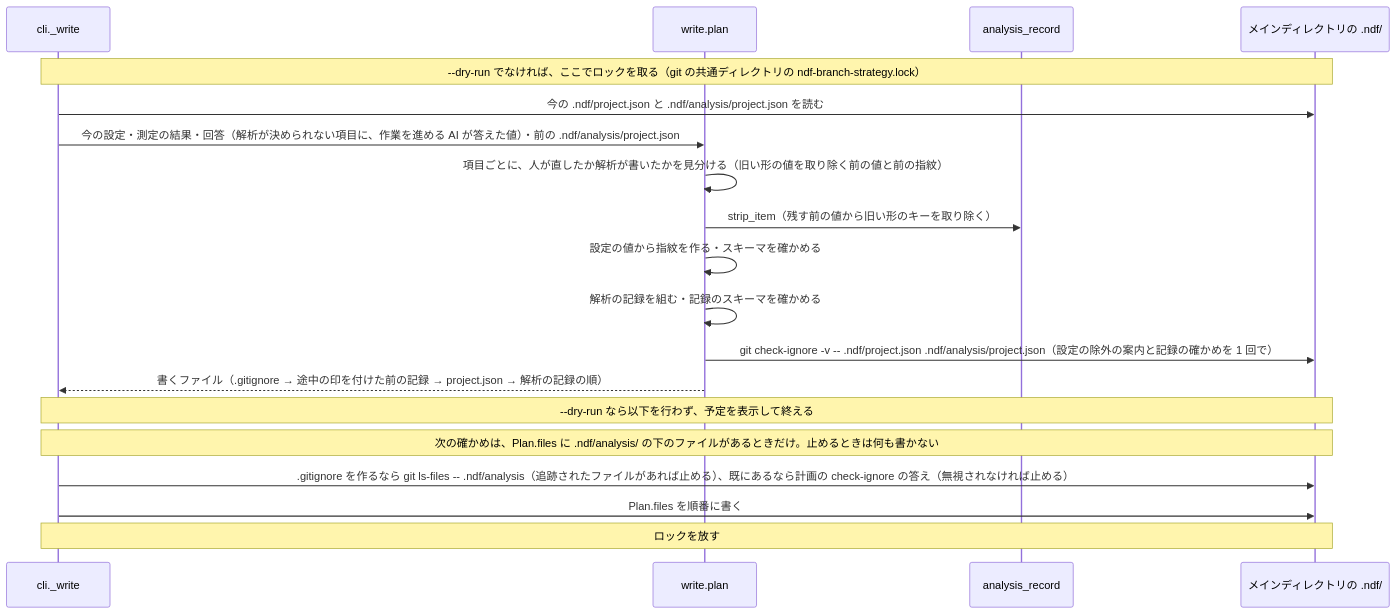
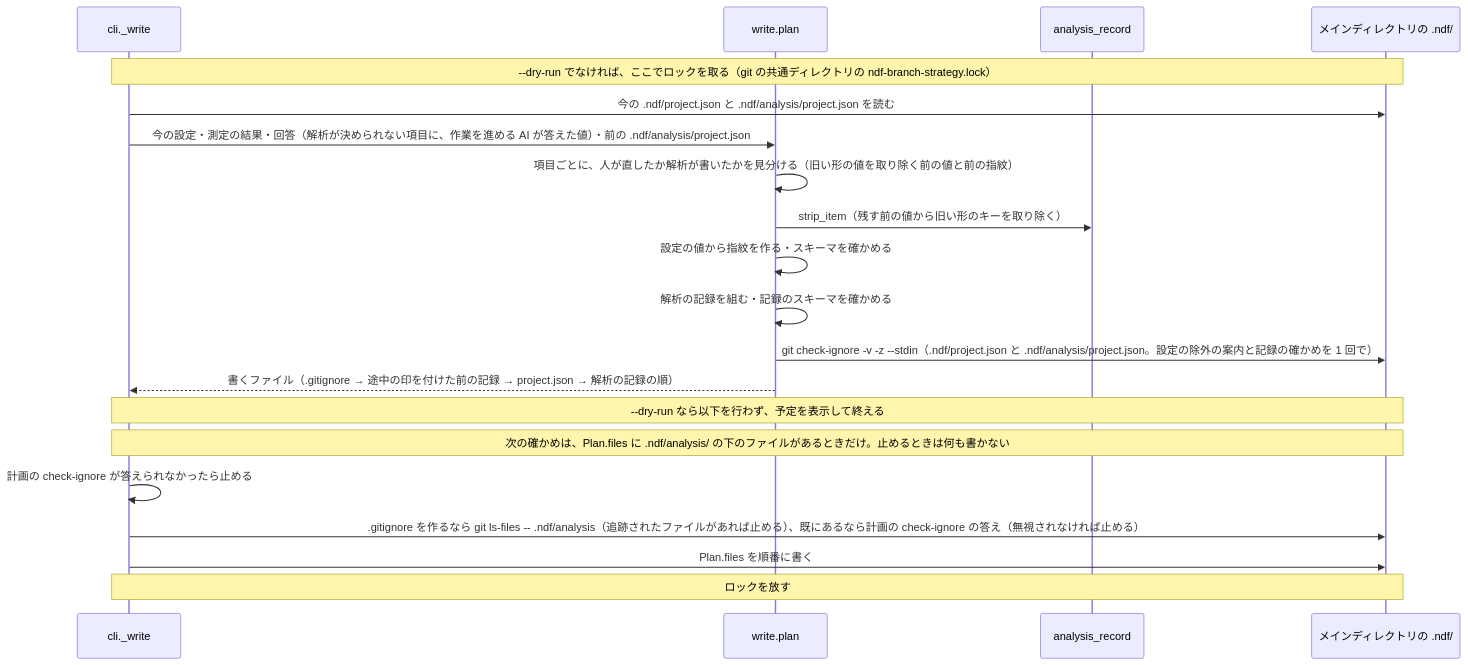
Before and after one commit to devbasex/ai-plugins: the third of 3 diagrams in issues/issue-4516-design.md, drawn with Mermaid. The commit also changed other lines of this file and 4 other files, not shown here.

````diff
--- a/issues/issue-4516-design.md
+++ b/issues/issue-4516-design.md
@@ -203,21 +204,22 @@
 ```mermaid
 sequenceDiagram
   participant CLI as cli._write
   participant W as write.plan
   participant AR as analysis_record
   participant FS as メインディレクトリの .ndf/
   Note over CLI,FS: --dry-run でなければ、ここでロックを取る（git の共通ディレクトリの ndf-branch-strategy.lock）
   CLI->>FS: 今の .ndf/project.json と .ndf/analysis/project.json を読む
   CLI->>W: 今の設定・測定の結果・回答（解析が決められない項目に、作業を進める AI が答えた値）・前の .ndf/analysis/project.json
   W->>W: 項目ごとに、人が直したか解析が書いたかを見分ける（旧い形の値を取り除く前の値と前の指紋）
   W->>AR: strip_item（残す前の値から旧い形のキーを取り除く）
   W->>W: 設定の値から指紋を作る・スキーマを確かめる
   W->>W: 解析の記録を組む・記録のスキーマを確かめる
-  W->>FS: git check-ignore -v -- .ndf/project.json .ndf/analysis/project.json（設定の除外の案内と記録の確かめを 1 回で）
+  W->>FS: git check-ignore -v -z --stdin（.ndf/project.json と .ndf/analysis/project.json。設定の除外の案内と記録の確かめを 1 回で）
   W-->>CLI: 書くファイル（.gitignore → 途中の印を付けた前の記録 → project.json → 解析の記録の順）
   Note over CLI,FS: --dry-run なら以下を行わず、予定を表示して終える
   Note over CLI,FS: 次の確かめは、Plan.files に .ndf/analysis/ の下のファイルがあるときだけ。止めるときは何も書かない
+  CLI->>CLI: 計画の check-ignore が答えられなかったら止める
   CLI->>FS: .gitignore を作るなら git ls-files -- .ndf/analysis（追跡されたファイルがあれば止める）、既にあるなら計画の check-ignore の答え（無視されなければ止める）
   CLI->>FS: Plan.files を順番に書く
   Note over CLI,FS: ロックを放す
 ```
````
